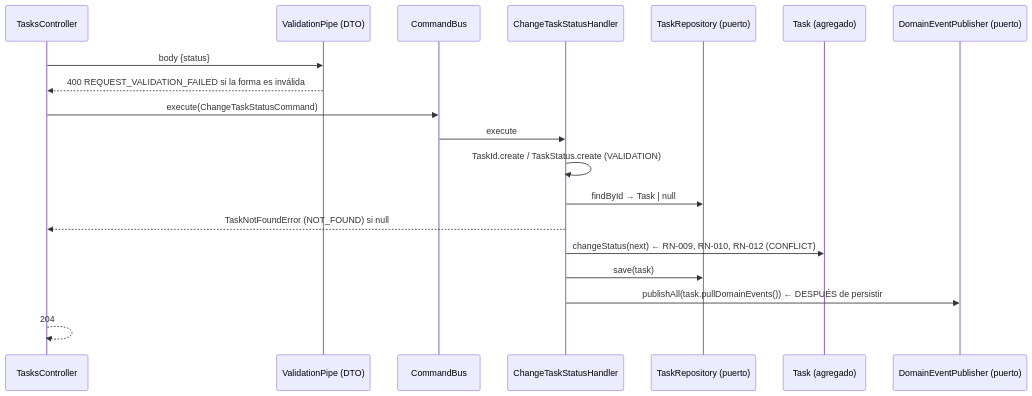
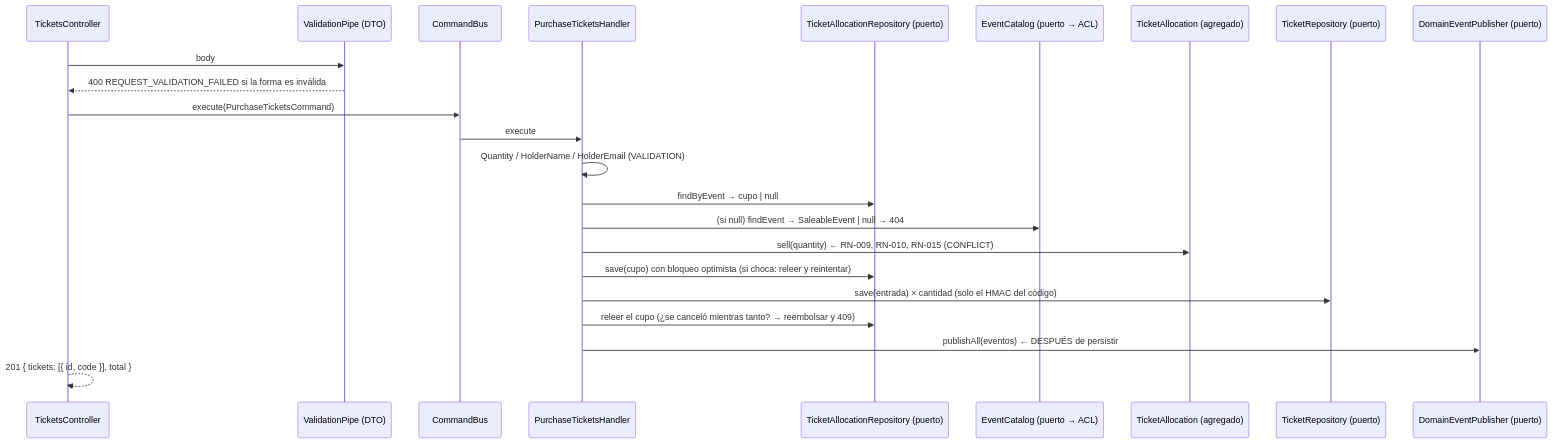
One commit to bryanramosing-ux/Tarea-Curso_NestJS changed the diagram in docs/architecture/overview.md. Above: the diagram before and after it, drawn with Mermaid. The commit also changed other lines of this file and 26 other files, not shown here.

First line of the commit message:
docs: rewrite README, guides, architecture, business rules (RN-001..RN-015), ADRs and audit for the ticketing domain

````diff
--- a/docs/architecture/overview.md
+++ b/docs/architecture/overview.md
@@ -51,21 +49,25 @@
 ```mermaid
 sequenceDiagram
-  participant C as TasksController
+  participant C as TicketsController
   participant VP as ValidationPipe (DTO)
   participant CB as CommandBus
-  participant H as ChangeTaskStatusHandler
-  participant R as TaskRepository (puerto)
-  participant T as Task (agregado)
+  participant H as PurchaseTicketsHandler
+  participant AR as TicketAllocationRepository (puerto)
+  participant CAT as EventCatalog (puerto → ACL)
+  participant A as TicketAllocation (agregado)
+  participant TR as TicketRepository (puerto)
   participant P as DomainEventPublisher (puerto)
-  C->>VP: body {status}
+  C->>VP: body
   VP-->>C: 400 REQUEST_VALIDATION_FAILED si la forma es inválida
-  C->>CB: execute(ChangeTaskStatusCommand)
+  C->>CB: execute(PurchaseTicketsCommand)
   CB->>H: execute
-  H->>H: TaskId.create / TaskStatus.create (VALIDATION)
-  H->>R: findById → Task | null
-  H-->>C: TaskNotFoundError (NOT_FOUND) si null
-  H->>T: changeStatus(next)  ← RN-009, RN-010, RN-012 (CONFLICT)
-  H->>R: save(task)
-  H->>P: publishAll(task.pullDomainEvents())  ← DESPUÉS de persistir
-  C-->>C: 204
+  H->>H: Quantity / HolderName / HolderEmail (VALIDATION)
+  H->>AR: findByEvent → cupo | null
+  H->>CAT: (si null) findEvent → SaleableEvent | null → 404
+  H->>A: sell(quantity) ← RN-009, RN-010, RN-015 (CONFLICT)
+  H->>AR: save(cupo) con bloqueo optimista (si choca: releer y reintentar)
+  H->>TR: save(entrada) × cantidad (solo el HMAC del código)
+  H->>AR: releer el cupo (¿se canceló mientras tanto? → reembolsar y 409)
+  H->>P: publishAll(eventos) ← DESPUÉS de persistir
+  C-->>C: 201 { tickets: [{ id, code }], total }
 ```
````
